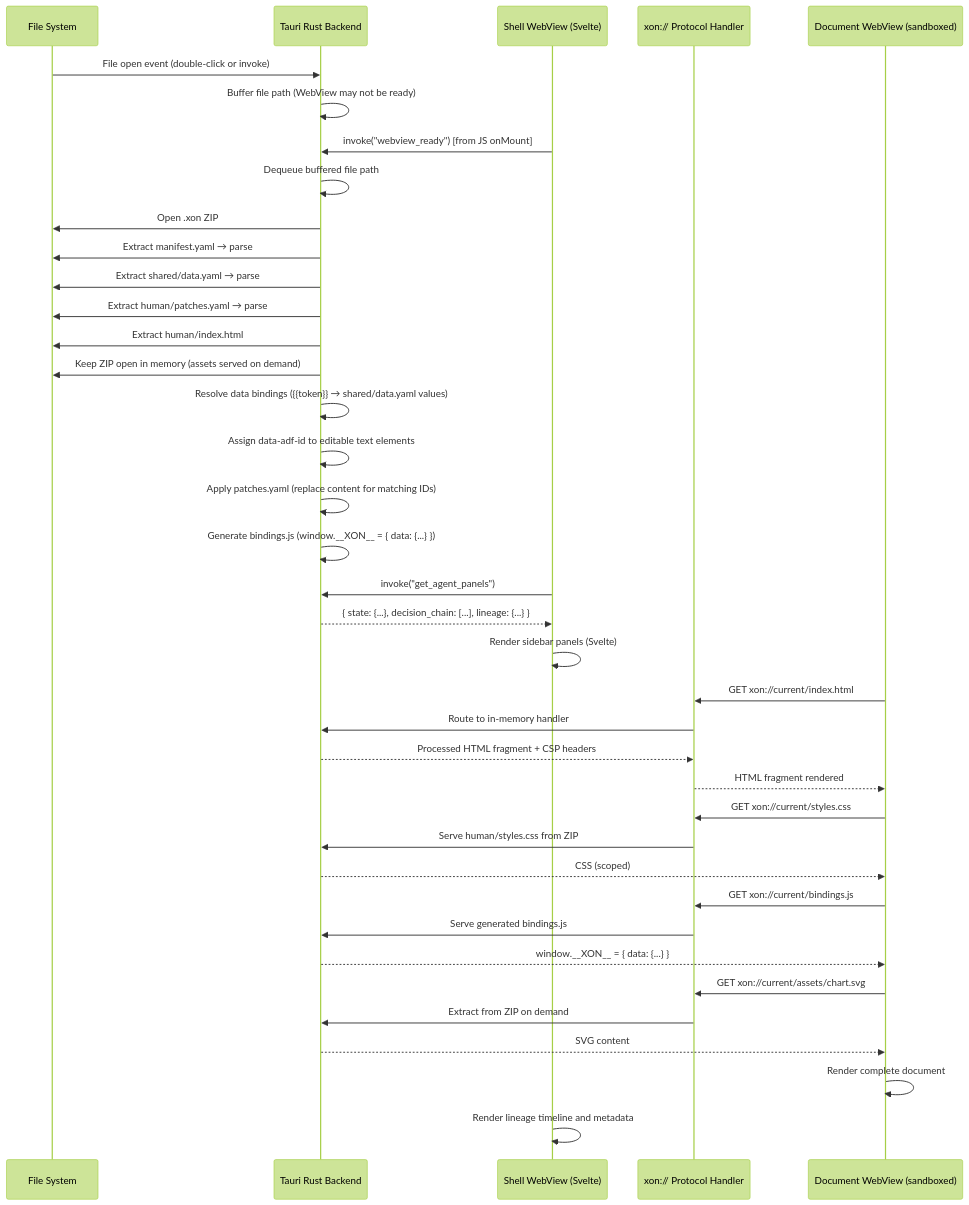
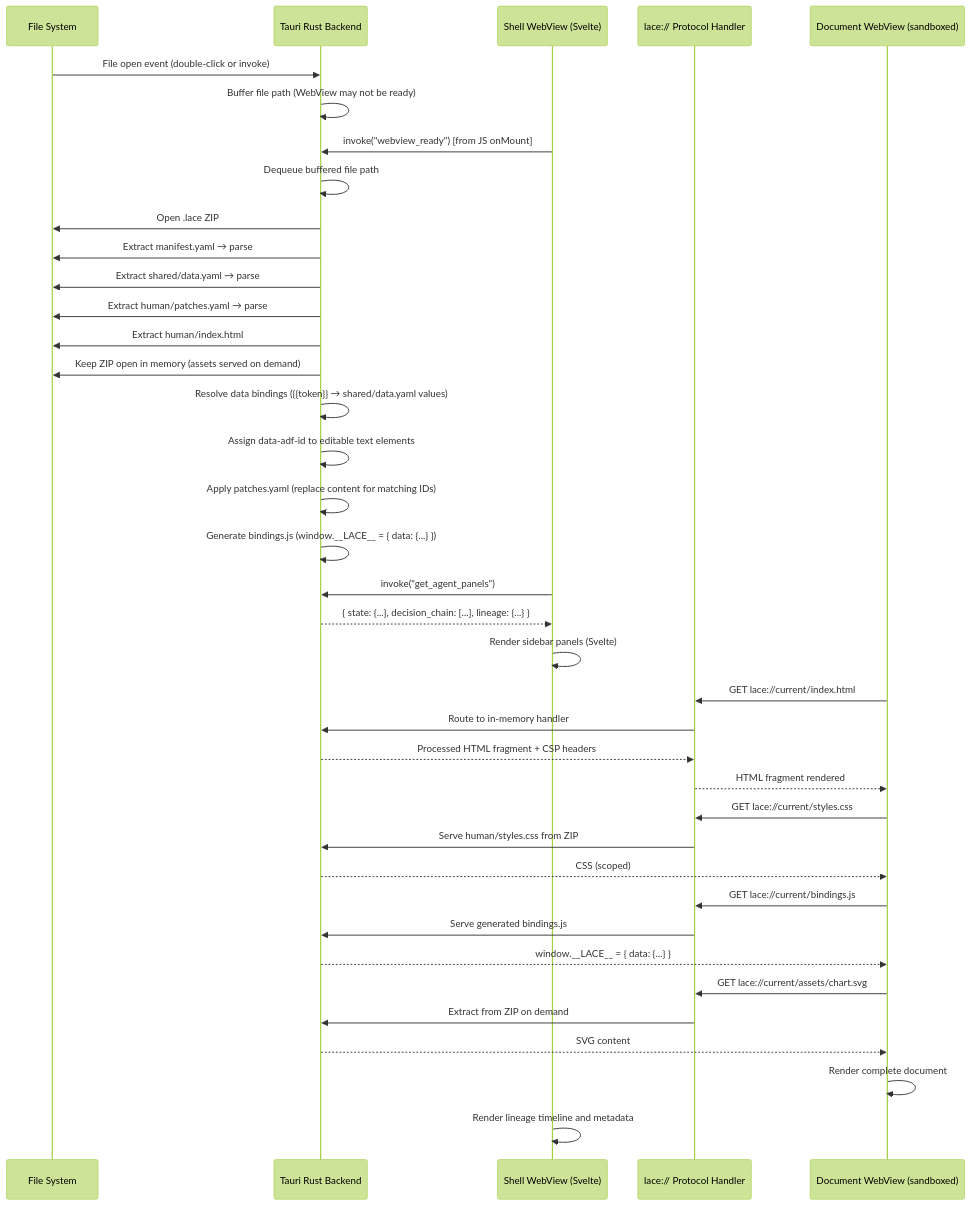
One commit to batunii/napkin-os changed the seventh of 8 diagrams in SEQUENCE-DIAGRAMS.md. Above: the diagram before and after it, drawn with Mermaid (forest theme). The commit also changed other lines of this file and 7 other files, not shown here.

First line of the commit message:
Rename XON → LACE throughout

````diff
--- a/SEQUENCE-DIAGRAMS.md
+++ b/SEQUENCE-DIAGRAMS.md
@@ -314,50 +314,50 @@
 ```mermaid
 sequenceDiagram
     participant FS as File System
     participant Rust as Tauri Rust Backend
     participant Shell as Shell WebView (Svelte)
-    participant Protocol as xon:// Protocol Handler
+    participant Protocol as lace:// Protocol Handler
     participant Doc as Document WebView (sandboxed)
 
     FS->>Rust: File open event (double-click or invoke)
     Rust->>Rust: Buffer file path (WebView may not be ready)
 
     Shell->>Rust: invoke("webview_ready") [from JS onMount]
     Rust->>Rust: Dequeue buffered file path
 
-    Rust->>FS: Open .xon ZIP
+    Rust->>FS: Open .lace ZIP
     Rust->>FS: Extract manifest.yaml → parse
     Rust->>FS: Extract shared/data.yaml → parse
     Rust->>FS: Extract human/patches.yaml → parse
     Rust->>FS: Extract human/index.html
     Rust->>FS: Keep ZIP open in memory (assets served on demand)
 
     Rust->>Rust: Resolve data bindings ({{token}} → shared/data.yaml values)
     Rust->>Rust: Assign data-adf-id to editable text elements
     Rust->>Rust: Apply patches.yaml (replace content for matching IDs)
-    Rust->>Rust: Generate bindings.js (window.__XON__ = { data: {...} })
+    Rust->>Rust: Generate bindings.js (window.__LACE__ = { data: {...} })
 
     Shell->>Rust: invoke("get_agent_panels")
     Rust-->>Shell: { state: {...}, decision_chain: [...], lineage: {...} }
     Shell->>Shell: Render sidebar panels (Svelte)
 
-    Doc->>Protocol: GET xon://current/index.html
+    Doc->>Protocol: GET lace://current/index.html
     Protocol->>Rust: Route to in-memory handler
     Rust-->>Protocol: Processed HTML fragment + CSP headers
     Protocol-->>Doc: HTML fragment rendered
 
-    Doc->>Protocol: GET xon://current/styles.css
+    Doc->>Protocol: GET lace://current/styles.css
     Protocol->>Rust: Serve human/styles.css from ZIP
     Rust-->>Doc: CSS (scoped)
 
-    Doc->>Protocol: GET xon://current/bindings.js
+    Doc->>Protocol: GET lace://current/bindings.js
     Protocol->>Rust: Serve generated bindings.js
-    Rust-->>Doc: window.__XON__ = { data: {...} }
+    Rust-->>Doc: window.__LACE__ = { data: {...} }
 
-    Doc->>Protocol: GET xon://current/assets/chart.svg
+    Doc->>Protocol: GET lace://current/assets/chart.svg
     Protocol->>Rust: Extract from ZIP on demand
     Rust-->>Doc: SVG content
 
     Doc->>Doc: Render complete document
     Shell->>Shell: Render lineage timeline and metadata
 ```
````
